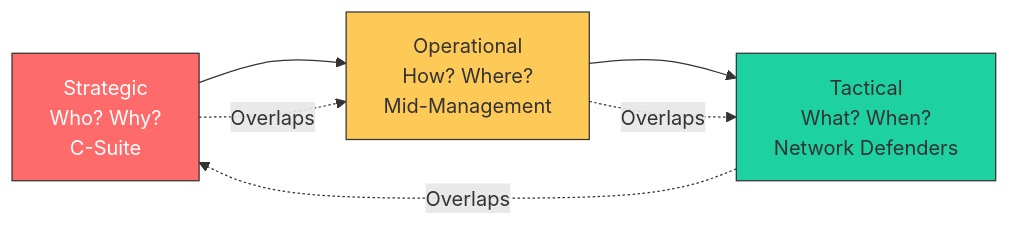
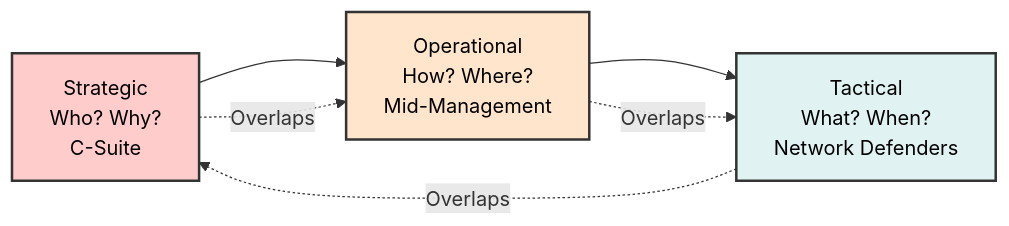
Before and after one commit to manojxshrestha/SOC-Analyst-Cheatsheet: the fourth of 5 diagrams in 4-Introduction-to-Threat-Hunting-Hunting-With-Elastic/README.md, drawn with Mermaid. The commit also changed other lines of this file, not shown here.

Commit message:
feat: Improve mermaid diagram visibility

````diff
--- a/4-Introduction-to-Threat-Hunting-Hunting-With-Elastic/README.md
+++ b/4-Introduction-to-Threat-Hunting-Hunting-With-Elastic/README.md
@@ -304,13 +304,13 @@
 ```mermaid
 graph LR
-    S[Strategic<br/>Who? Why?<br/>C-Suite] --> O[Operational<br/>How? Where?<br/>Mid-Management]
-    O --> T[Tactical<br/>What? When?<br/>Network Defenders]
+    S["Strategic<br/>Who? Why?<br/>C-Suite"] --> O["Operational<br/>How? Where?<br/>Mid-Management"]
+    O --> T["Tactical<br/>What? When?<br/>Network Defenders"]
     
     S -.->|Overlaps| O
     O -.->|Overlaps| T
     T -.->|Overlaps| S
     
-    style S fill:#ff6b6b,stroke:#333,color:#fff
-    style O fill:#feca57,stroke:#333
-    style T fill:#1dd1a1,stroke:#333
+    style S fill:#ffcccc,stroke:#333,stroke-width:2px,color:#000
+    style O fill:#ffe5cc,stroke:#333,stroke-width:2px,color:#000
+    style T fill:#e0f2f1,stroke:#333,stroke-width:2px,color:#000
 ```
````
